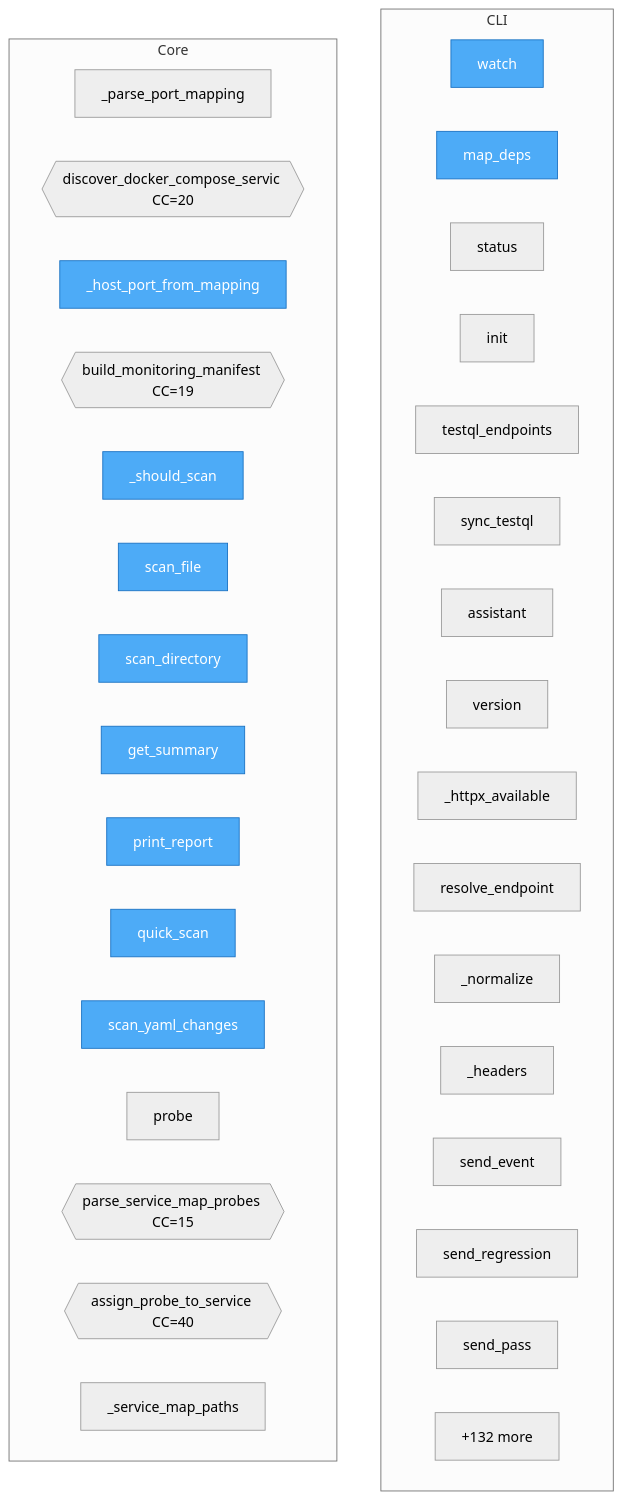
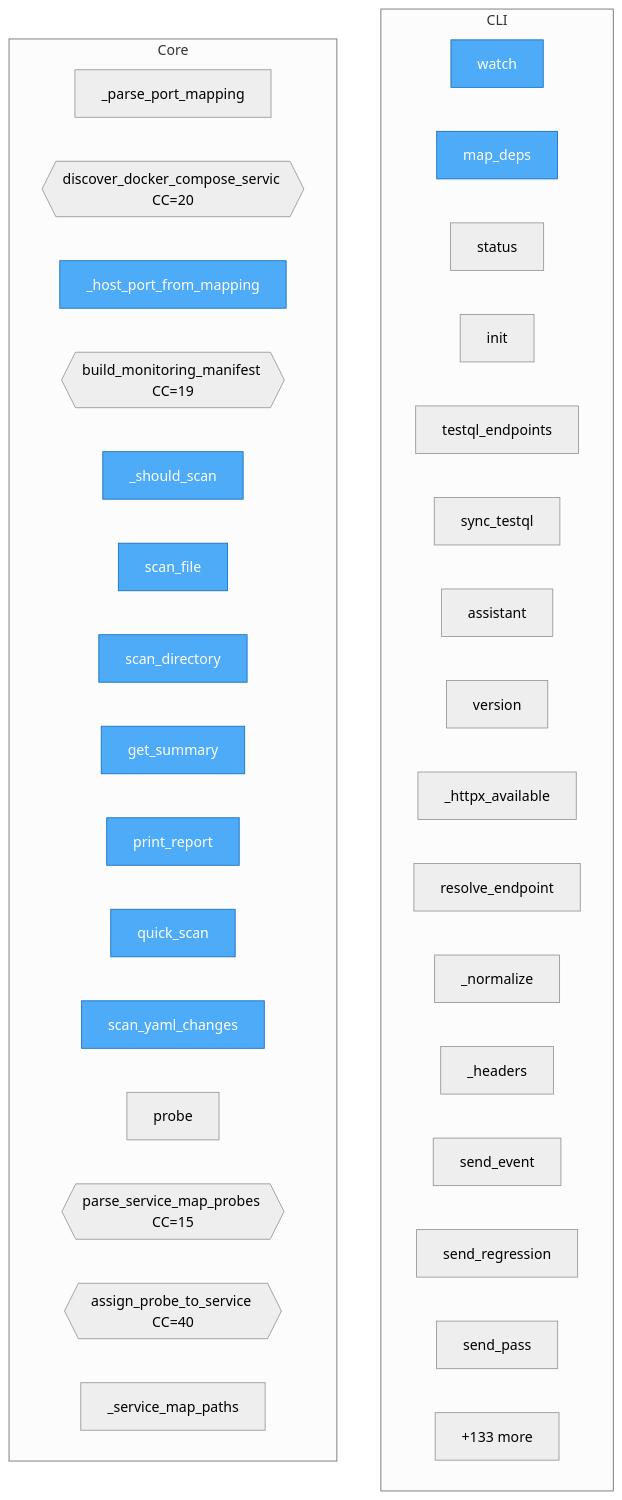
The diagram in project/flow.mmd (semcod/wup), drawn with Mermaid (neutral theme) before and after one commit. The commit also changed 34 other files, not shown here.

```diff
--- a/project/flow.mmd
+++ b/project/flow.mmd
@@ -1,45 +1,45 @@
 flowchart TD
 %% generated in 0.01s
 
     %% Entry points (blue)
     classDef entry fill:#4dabf7,stroke:#1971c2,color:#fff
 
     subgraph CLI
         wup__cli__watch["watch"]
         wup__cli__map_deps["map_deps"]
         wup__cli__status["status"]
         wup__cli__init["init"]
         wup__cli__testql_endpoints["testql_endpoints"]
         wup__cli__sync_testql["sync_testql"]
         wup__cli__assistant["assistant"]
         wup__cli__version["version"]
         wup__web_client___httpx_available["_httpx_available"]
         wup__web_client__resolve_endpoint["resolve_endpoint"]
         wup__web_client___normalize["_normalize"]
         wup__web_client__WebClient___headers["_headers"]
         wup__web_client__WebClient__send_event["send_event"]
         wup__web_client__WebClient__send_regression["send_regression"]
         wup__web_client__WebClient__send_pass["send_pass"]
         ...["+2 more"]
     end
 
     subgraph Core
         wup__monitoring_manifest___parse_port_mapping["_parse_port_mapping"]
         wup__monitoring_manifest__discover_docker_compose_services{{discover_docker_compose_servic CC=20}}
         wup__monitoring_manifest___host_port_from_mapping["_host_port_from_mapping"]
         wup__monitoring_manifest__build_monitoring_manifest{{build_monitoring_manifest CC=19}}
         wup__anomaly_detector__AnomalyDetector___should_scan["_should_scan"]
         wup__anomaly_detector__AnomalyDetector__scan_file["scan_file"]
         wup__anomaly_detector__AnomalyDetector__scan_directory["scan_directory"]
         wup__anomaly_detector__AnomalyDetector__get_summary["get_summary"]
         wup__anomaly_detector__AnomalyDetector__print_report["print_report"]
         wup__anomaly_detector__quick_scan["quick_scan"]
         wup__anomaly_detector__scan_yaml_changes["scan_yaml_changes"]
         wup__testql_monitor__ProbeTarget__probe["probe"]
         wup__testql_monitor__parse_service_map_probes{{parse_service_map_probes CC=15}}
         wup__testql_monitor__assign_probe_to_service{{assign_probe_to_service CC=40}}
         wup__testql_monitor__TestQLMonitor___service_map_paths["_service_map_paths"]
-        ...["+132 more"]
+        ...["+133 more"]
     end
 
     class wup__monitoring_manifest___host_port_from_mapping,wup__anomaly_detector__AnomalyDetector___should_scan,wup__anomaly_detector__AnomalyDetector__scan_file,wup__anomaly_detector__AnomalyDetector__scan_directory,wup__anomaly_detector__AnomalyDetector__get_summary,wup__anomaly_detector__AnomalyDetector__print_report,wup__anomaly_detector__quick_scan,wup__anomaly_detector__scan_yaml_changes,wup__cli__watch,wup__cli__map_deps entry
```
